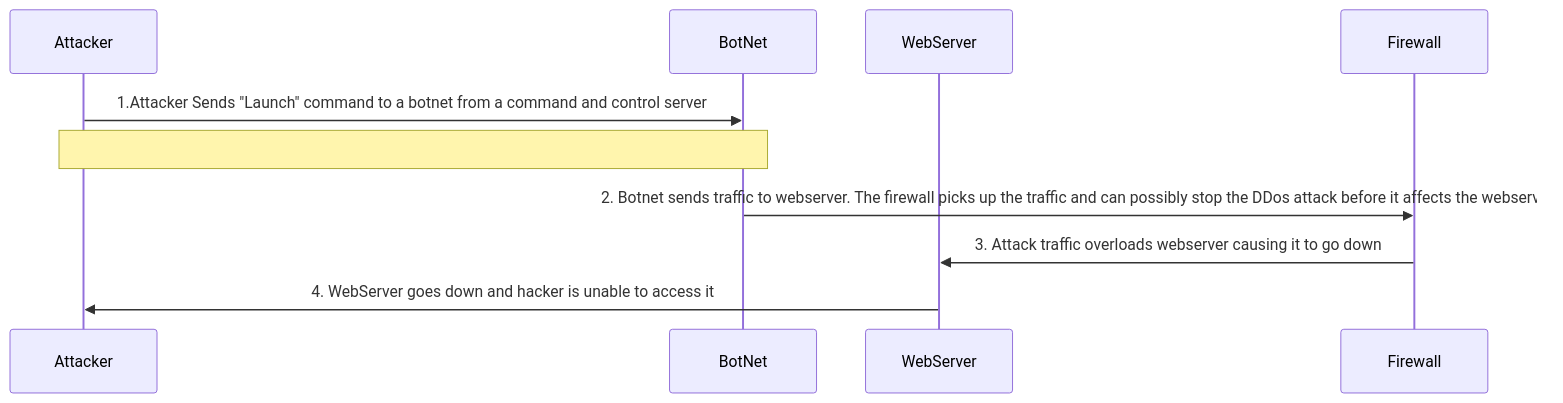
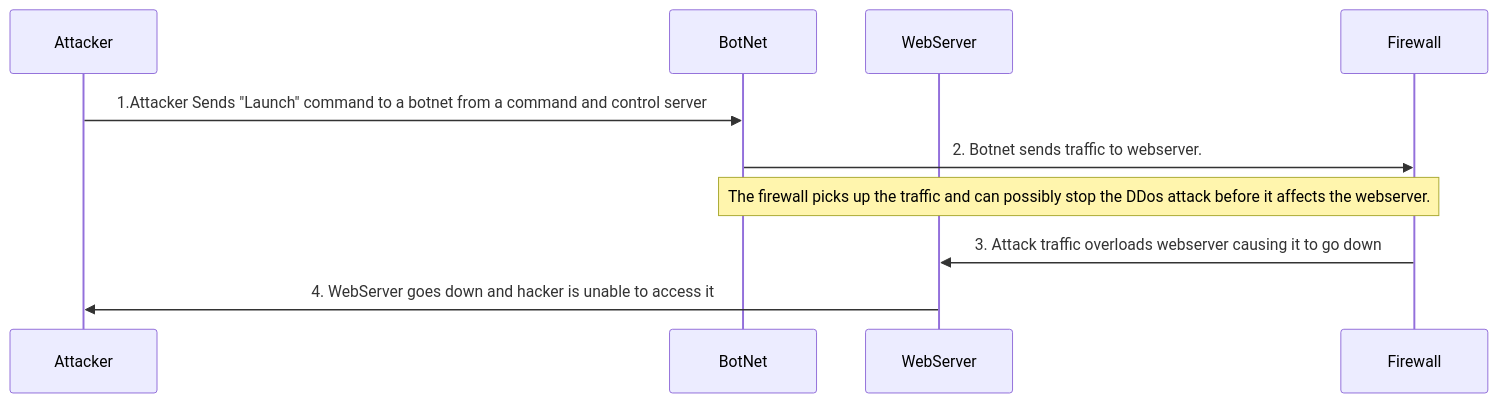
Before and after one commit to RealRottale1/markham.github.io: the diagram in DDoS_Attack_Sequence.md, drawn with Mermaid.

````diff
--- a/DDoS_Attack_Sequence.md
+++ b/DDoS_Attack_Sequence.md
@@ -1,15 +1,15 @@
 ```mermaid
 sequenceDiagram
 participant Attacker
 participant BotNet
 participant WebServer
 participant Firewall
 
 Attacker ->> BotNet: 1.Attacker Sends "Launch" command to a botnet from a command and control server
 
-note over Attacker,BotNet: 
+BotNet ->> Firewall: 2. Botnet sends traffic to webserver.
+note over BotNet,Firewall: The firewall picks up the traffic and can possibly stop the DDos attack before it affects the webserver.
 
-BotNet ->> Firewall: 2. Botnet sends traffic to webserver. The firewall picks up the traffic and can possibly stop the DDos attack before it affects the webserver
 Firewall ->> WebServer: 3. Attack traffic overloads webserver causing it to go down
 WebServer ->> Attacker: 4. WebServer goes down and hacker is unable to access it
 ```
````
